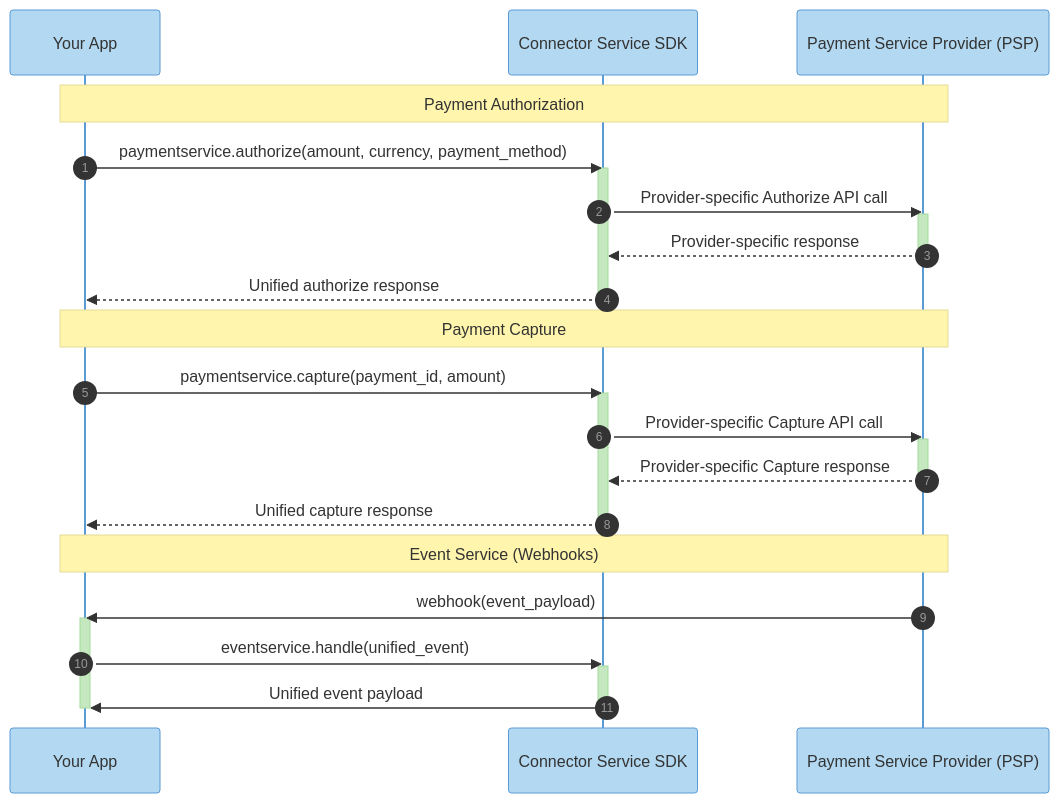
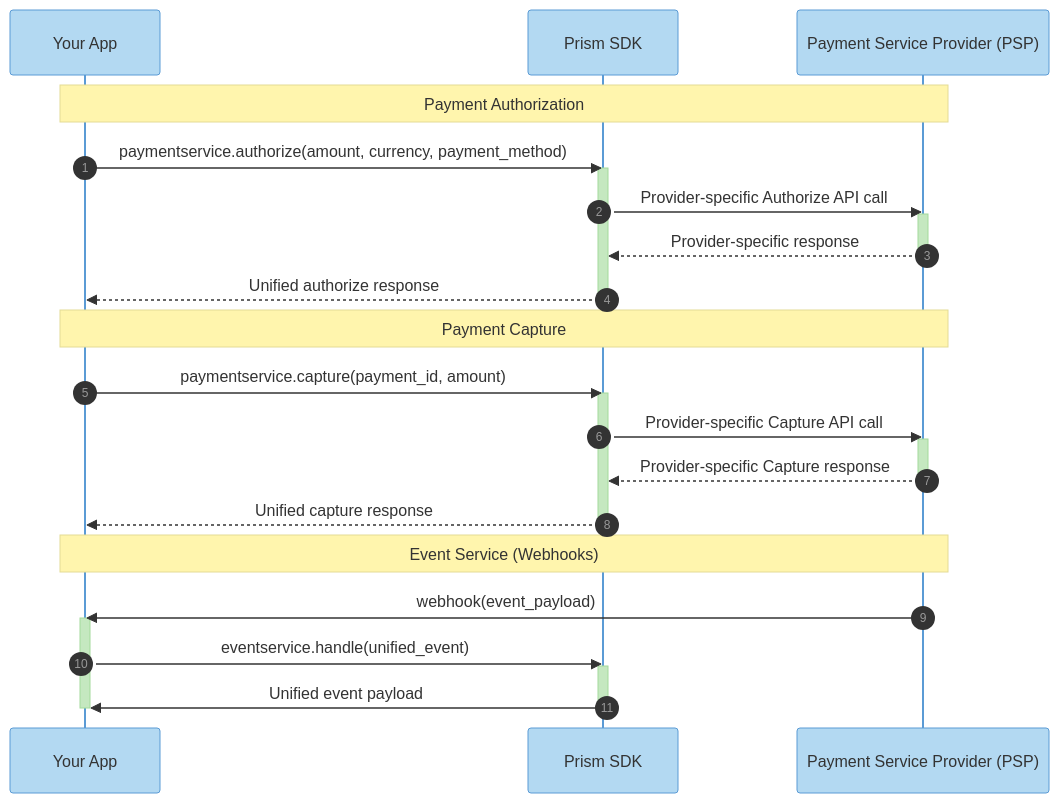
The diagram in docs/README.md (juspay/connector-service), drawn with Mermaid before and after one commit. The commit also changed other lines of this file and 55 other files, not shown here.

````diff
--- a/docs/README.md
+++ b/docs/README.md
@@ -82,38 +82,38 @@
 ```mermaid
 %%{init: {'theme': 'base', 'themeVariables': { 'primaryColor': '#B3D9F2', 'primaryTextColor': '#333333', 'primaryBorderColor': '#5B9BD5', 'lineColor': '#666666', 'secondaryColor': '#C5E8C0', 'tertiaryColor': '#F9B872'}}}%%
 sequenceDiagram
    autonumber
    participant App as Your App
-   participant SDK as Connector Service SDK
+   participant SDK as Prism SDK
    participant PSP as Payment Service Provider (PSP)
    
    Note over App,PSP: Payment Authorization
    App->>SDK: paymentservice.authorize(amount, currency, payment_method)
    activate SDK
    SDK->>PSP: Provider-specific Authorize API call
    activate PSP
    PSP-->>SDK: Provider-specific response
    deactivate PSP
    SDK-->>App: Unified authorize response
    deactivate SDK
 
    Note over App,PSP: Payment Capture
    App->>SDK: paymentservice.capture(payment_id, amount)
    activate SDK
    SDK->>PSP: Provider-specific Capture API call
    activate PSP
    PSP-->>SDK: Provider-specific Capture response
    deactivate PSP
    SDK-->>App: Unified capture response
    deactivate SDK
 
    Note over App,PSP: Event Service (Webhooks)
    PSP->>App: webhook(event_payload)
    activate App
    App->>SDK: eventservice.handle(unified_event)
    activate SDK
    SDK->>App: Unified event payload
    deactivate SDK
    deactivate App
 
 ```
````
